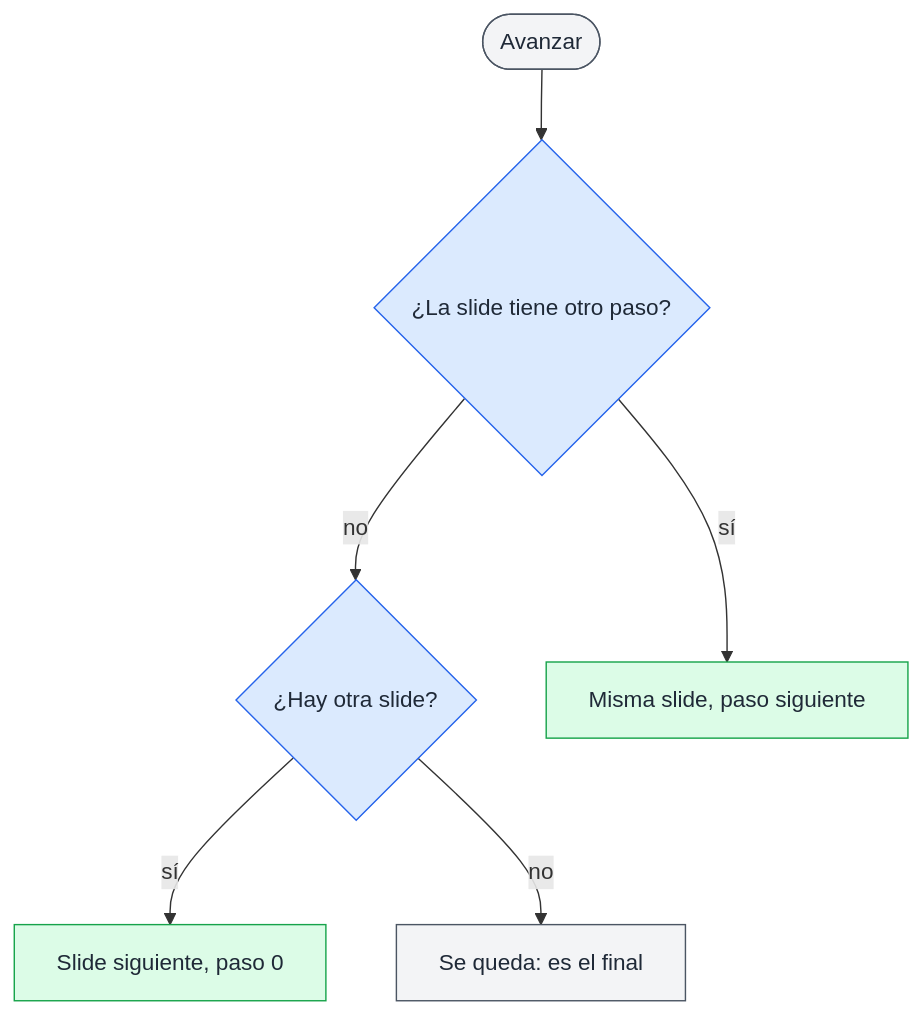
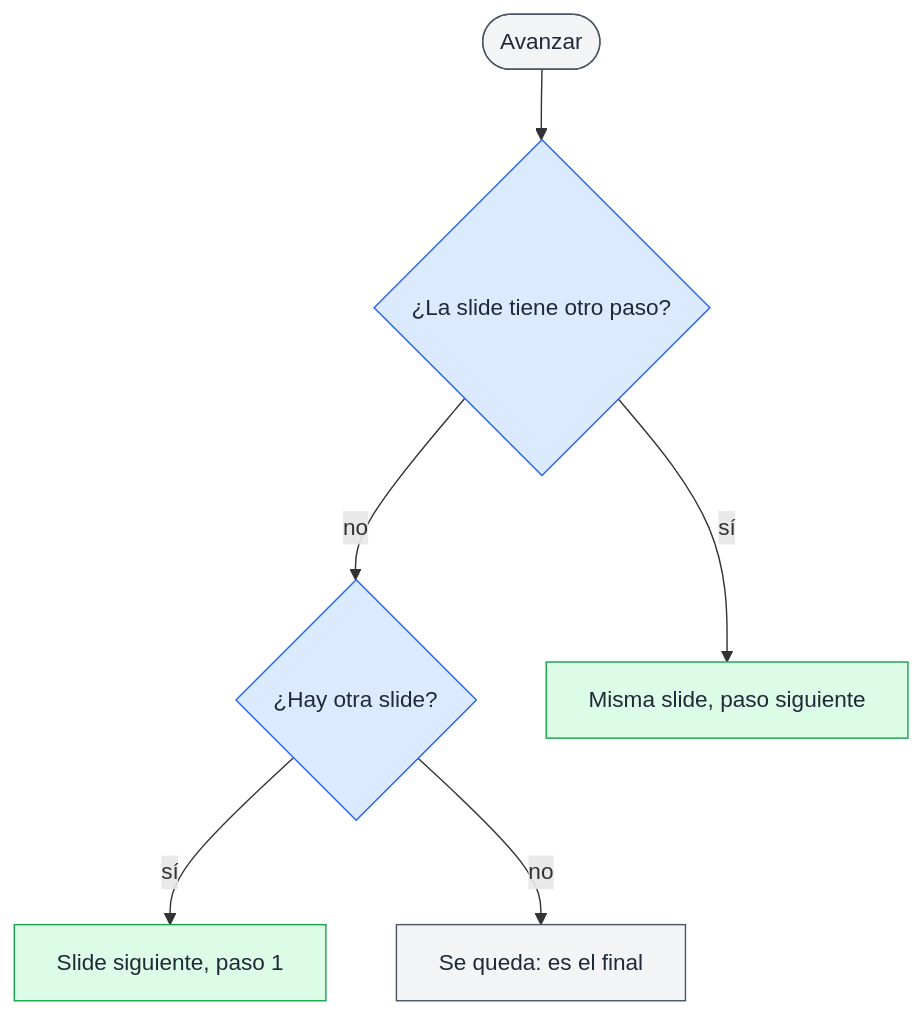
Before and after one commit to filadd/agentic-engineering-famaf-extension-course: the first of 2 diagrams in app/docs/architecture/api-de-las-slides.md, drawn with Mermaid. The commit also changed other lines of this file and 4 other files, not shown here.

Commit message:
docs(app): record the program design decisions in the architecture notes

````diff
--- a/app/docs/architecture/api-de-las-slides.md
+++ b/app/docs/architecture/api-de-las-slides.md
@@ -19,23 +19,23 @@
 ```mermaid
 flowchart TD
     Av@{ shape: stadium, label: "Avanzar" }
     Paso@{ shape: diam, label: "¿La slide tiene otro paso?" }
     Slide@{ shape: diam, label: "¿Hay otra slide?" }
     SigPaso@{ shape: rect, label: "Misma slide, paso siguiente" }
-    SigSlide@{ shape: rect, label: "Slide siguiente, paso 0" }
+    SigSlide@{ shape: rect, label: "Slide siguiente, paso 1" }
     Fin@{ shape: rect, label: "Se queda: es el final" }
 
     Av --> Paso
     Paso -->|sí| SigPaso
     Paso -->|no| Slide
     Slide -->|sí| SigSlide
     Slide -->|no| Fin
 
     classDef grey fill:#f3f4f6,stroke:#4b5563,color:#1f2937
     classDef blue fill:#dbeafe,stroke:#2563eb,color:#1f2937
     classDef green fill:#dcfce7,stroke:#16a34a,color:#1f2937
 
     class Av,Fin grey
     class Paso,Slide blue
     class SigPaso,SigSlide green
 ```
````
